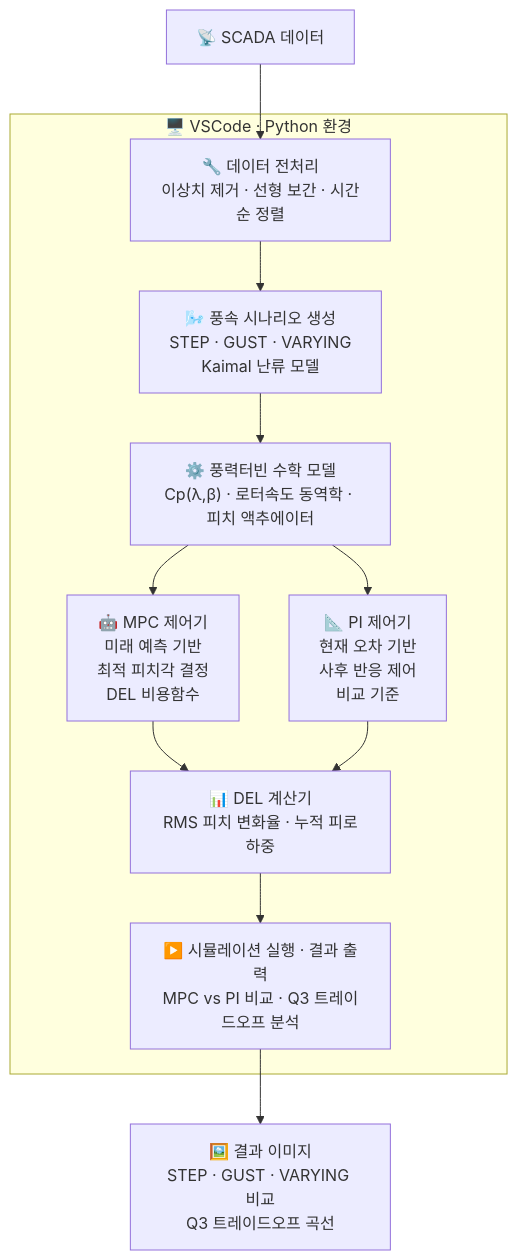
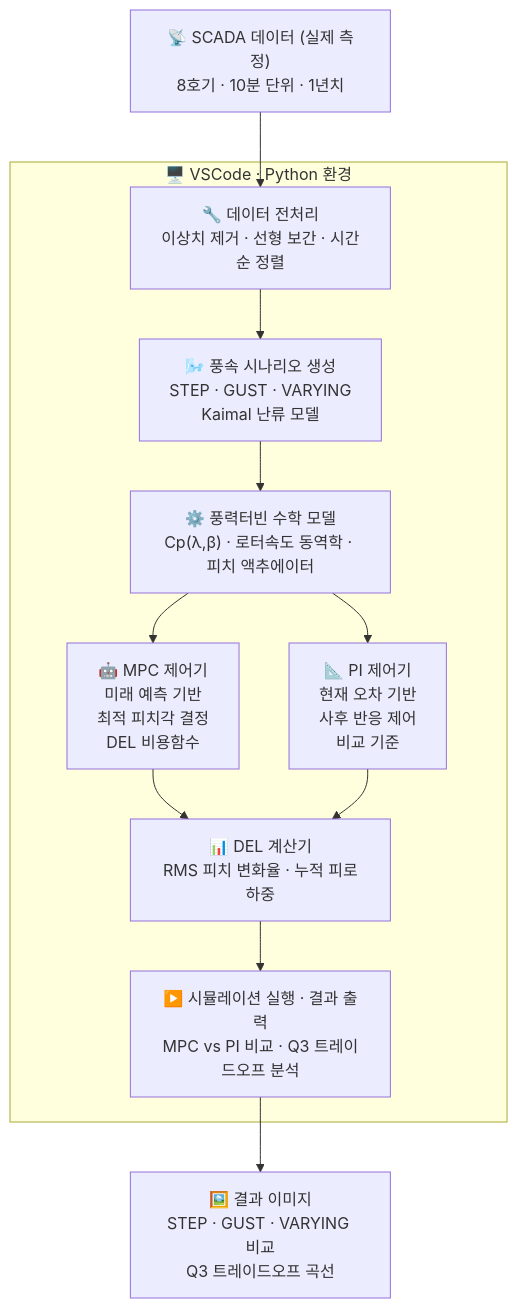
Before and after one commit to seyong628/Capstone-Design: the diagram in README.md, drawn with Mermaid. The commit also changed other lines of this file, not shown here.

````diff
--- a/README.md
+++ b/README.md
@@ -42,26 +41,26 @@
 ```mermaid
 flowchart TD
-    SCADA["📡 SCADA 데이터 "]
+    SCADA["📡 SCADA 데이터 (실제 측정)\n8호기 · 10분 단위 · 1년치"]
 
     subgraph PY["🖥️ VSCode · Python 환경"]
         PRE["🔧 데이터 전처리\n이상치 제거 · 선형 보간 · 시간순 정렬"]
         WIND["🌬️ 풍속 시나리오 생성\nSTEP · GUST · VARYING\nKaimal 난류 모델"]
         TURB["⚙️ 풍력터빈 수학 모델\nCp(λ,β) · 로터속도 동역학 · 피치 액추에이터"]
         MPC["🤖 MPC 제어기\n미래 예측 기반\n최적 피치각 결정\nDEL 비용함수"]
         PI["📐 PI 제어기\n현재 오차 기반\n사후 반응 제어\n비교 기준"]
         DEL["📊 DEL 계산기\nRMS 피치 변화율 · 누적 피로하중"]
         MAIN["▶️ 시뮬레이션 실행 · 결과 출력\nMPC vs PI 비교 · Q3 트레이드오프 분석"]
     end
 
     RESULT["🖼️ 결과 이미지\nSTEP · GUST · VARYING 비교\nQ3 트레이드오프 곡선"]
 
     SCADA --> PRE
     PRE --> WIND
     WIND --> TURB
     TURB --> MPC
     TURB --> PI
     MPC --> DEL
     PI --> DEL
     DEL --> MAIN
     MAIN --> RESULT
 ```
````
